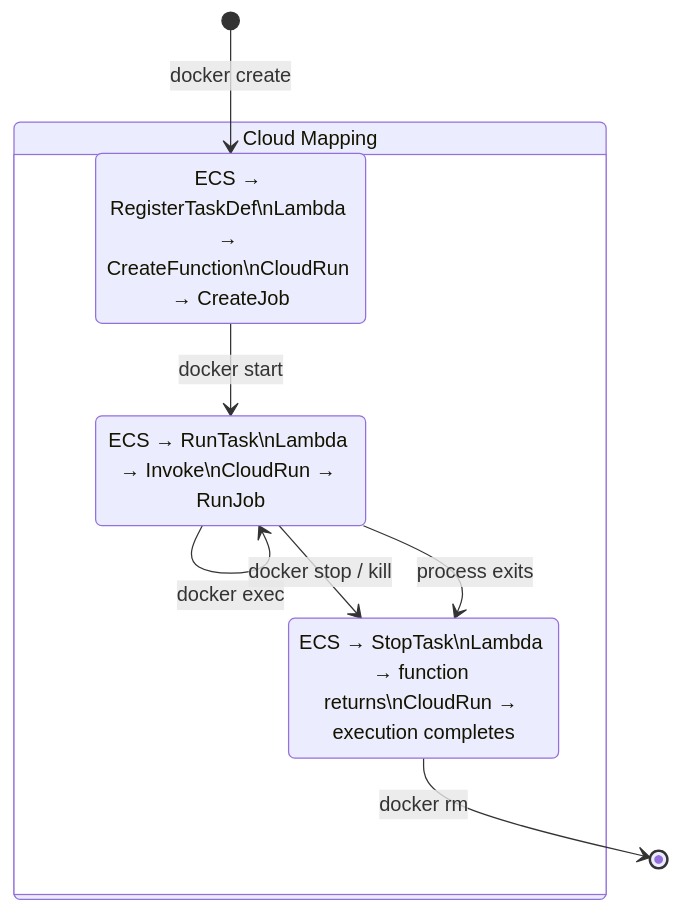
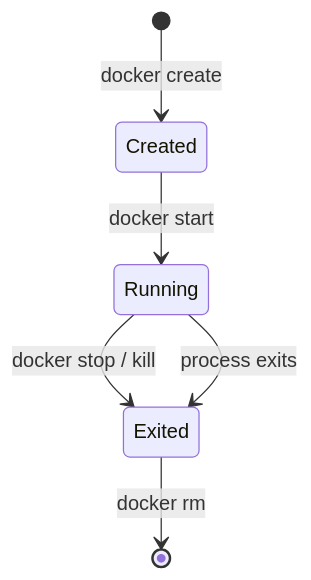
One commit to e6qu/sockerless changed the fourth of 19 diagrams in ARCHITECTURE.md. Above: the diagram before and after it, drawn with Mermaid. The commit also changed other lines of this file and 93 other files, not shown here.

````diff
--- a/ARCHITECTURE.md
+++ b/ARCHITECTURE.md
@@ -132,15 +131,8 @@
 ```mermaid
 stateDiagram-v2
     [*] --> Created: docker create
     Created --> Running: docker start
-    Running --> Running: docker exec
     Running --> Exited: docker stop / kill
     Running --> Exited: process exits
     Exited --> [*]: docker rm
-
-    state "Cloud Mapping" as cloud {
-        Created: ECS → RegisterTaskDef\nLambda → CreateFunction\nCloudRun → CreateJob
-        Running: ECS → RunTask\nLambda → Invoke\nCloudRun → RunJob
-        Exited: ECS → StopTask\nLambda → function returns\nCloudRun → execution completes
-    }
 ```
````
